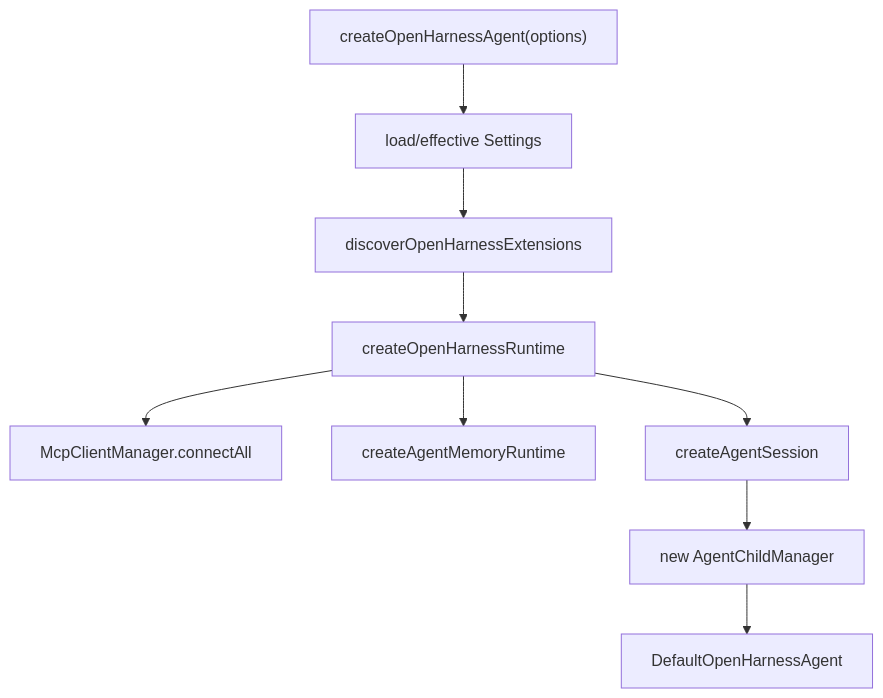
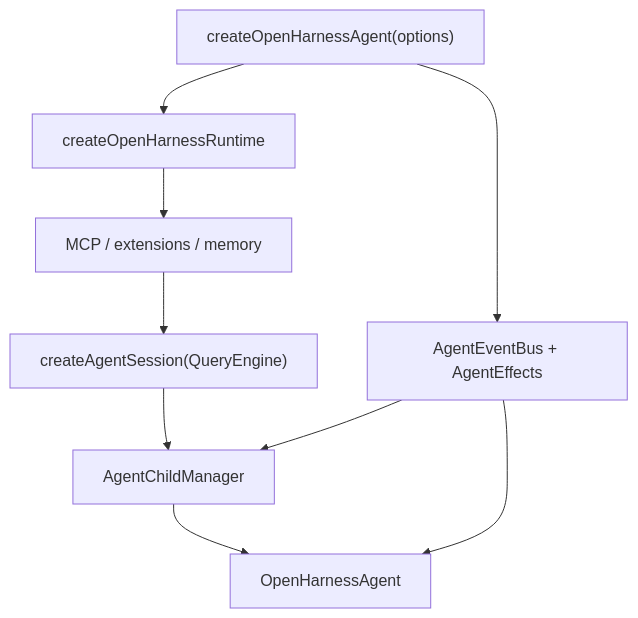
One commit to rzx007/openharness-ts changed the first of 2 diagrams in docs/agent-runtime-framework-architecture.md. Above: the diagram before and after it, drawn with Mermaid. The commit also changed other lines of this file and 9 other files, not shown here.

Commit message:
docs: publish agent events effects runtime architecture

````diff
--- a/docs/agent-runtime-framework-architecture.md
+++ b/docs/agent-runtime-framework-architecture.md
@@ -22,18 +38,16 @@
 ```mermaid
 flowchart TD
   Create["createOpenHarnessAgent(options)"]
-  Settings["load/effective Settings"]
-  Discover["discoverOpenHarnessExtensions"]
   Runtime["createOpenHarnessRuntime"]
-  MCP["McpClientManager.connectAll"]
-  Memory["createAgentMemoryRuntime"]
-  Session["createAgentSession"]
-  Children["new AgentChildManager"]
-  Agent["DefaultOpenHarnessAgent"]
+  MCP["MCP / extensions / memory"]
+  Session["createAgentSession(QueryEngine)"]
+  Bus["AgentEventBus + AgentEffects"]
+  Children["AgentChildManager"]
+  Agent["OpenHarnessAgent"]
 
-  Create --> Settings --> Discover --> Runtime
-  Runtime --> MCP
-  Runtime --> Memory
-  Runtime --> Session
+  Create --> Runtime --> MCP --> Session
+  Create --> Bus
   Session --> Children --> Agent
+  Bus --> Children
+  Bus --> Agent
 ```
````
